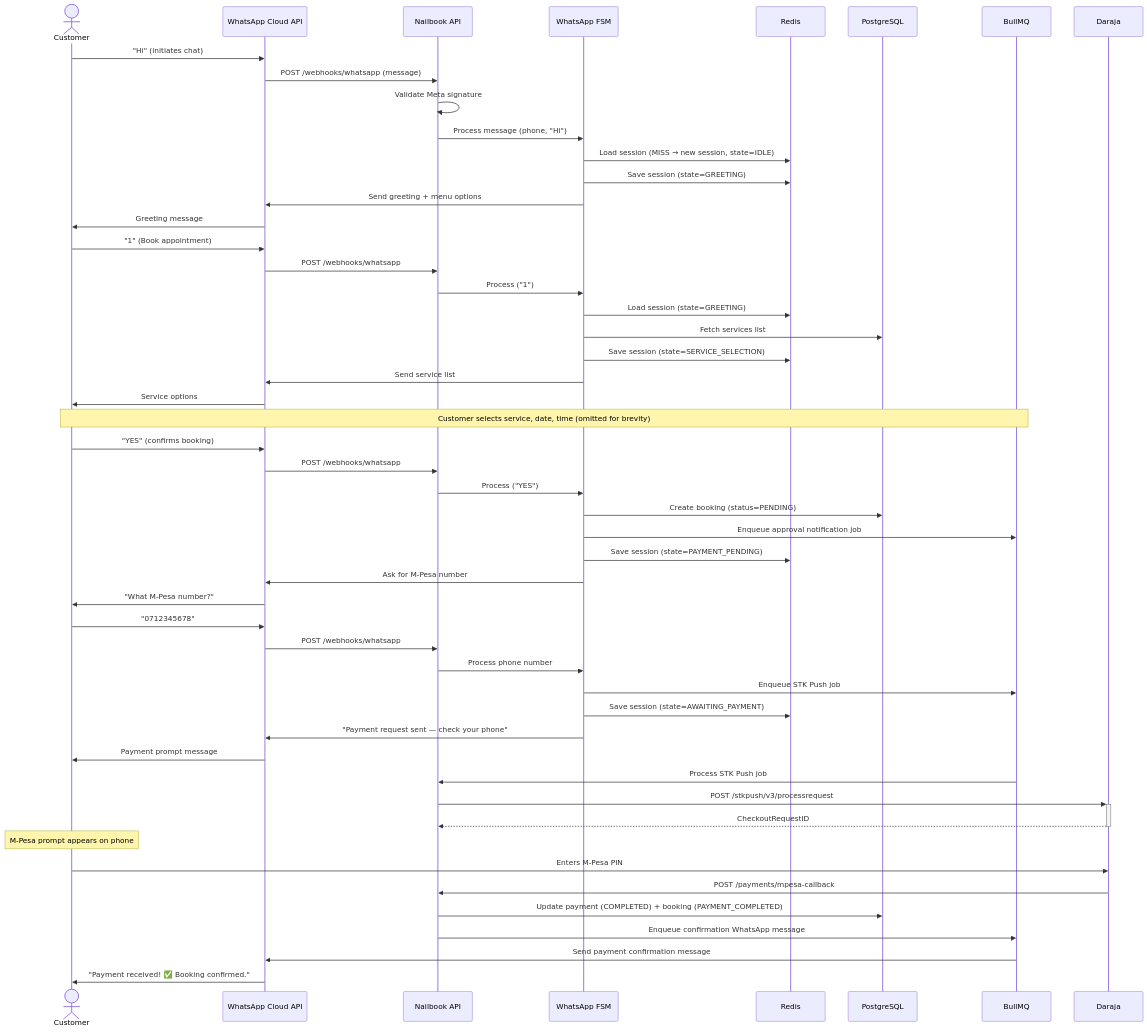
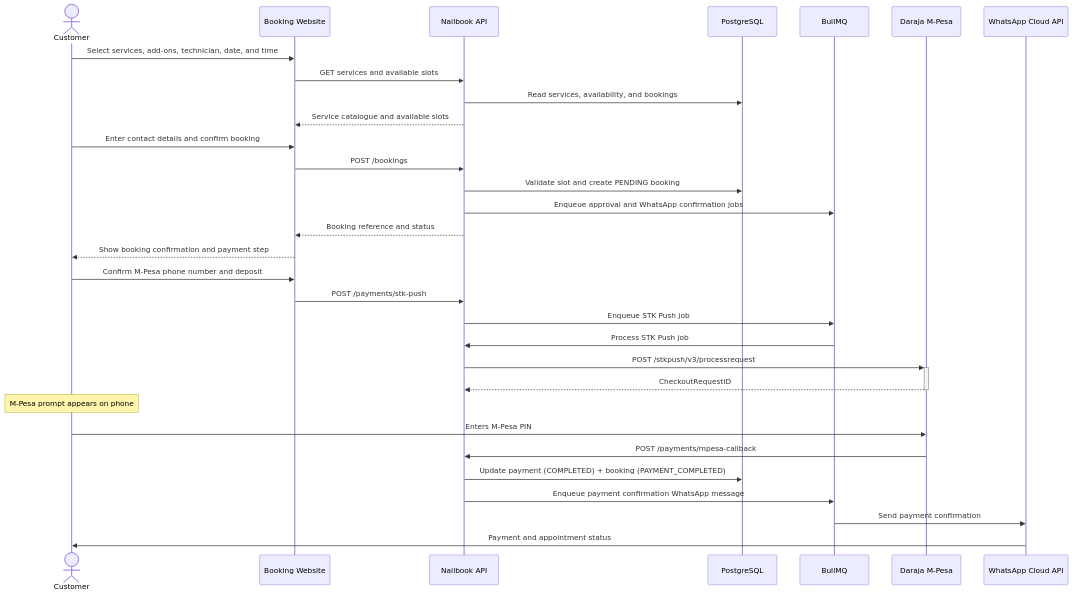
The fourth of 7 diagrams in docs/ARCHITECTURE.md (eva003n/Nailbook), drawn with Mermaid before and after one commit. The commit also changed other lines of this file and 25 other files, not shown here.

````diff
--- a/docs/ARCHITECTURE.md
+++ b/docs/ARCHITECTURE.md
@@ -116,58 +118,35 @@
 ```mermaid
 sequenceDiagram
     actor Customer
-    participant WA as WhatsApp Cloud API
+    participant Web as Booking Website
     participant API as Nailbook API
-    participant FSM as WhatsApp FSM
-    participant Redis
     participant DB as PostgreSQL
     participant Queue as BullMQ
+    participant Daraja as Daraja M-Pesa
+    participant WhatsApp as WhatsApp Cloud API
 
-    Customer->>WA: "Hi" (initiates chat)
-    WA->>API: POST /webhooks/whatsapp (message)
-    API->>API: Validate Meta signature
-    API->>FSM: Process message (phone, "Hi")
-    FSM->>Redis: Load session (MISS → new session, state=IDLE)
-    FSM->>Redis: Save session (state=GREETING)
-    FSM->>WA: Send greeting + menu options
-    WA->>Customer: Greeting message
-
-    Customer->>WA: "1" (Book appointment)
-    WA->>API: POST /webhooks/whatsapp
-    API->>FSM: Process ("1")
-    FSM->>Redis: Load session (state=GREETING)
-    FSM->>DB: Fetch services list
-    FSM->>Redis: Save session (state=SERVICE_SELECTION)
-    FSM->>WA: Send service list
-    WA->>Customer: Service options
-
-    Note over Customer,Queue: Customer selects service, date, time (omitted for brevity)
-
-    Customer->>WA: "YES" (confirms booking)
-    WA->>API: POST /webhooks/whatsapp
-    API->>FSM: Process ("YES")
-    FSM->>DB: Create booking (status=PENDING)
-    FSM->>Queue: Enqueue approval notification job
-    FSM->>Redis: Save session (state=PAYMENT_PENDING)
-    FSM->>WA: Ask for M-Pesa number
-    WA->>Customer: "What M-Pesa number?"
-
-    Customer->>WA: "0712345678"
-    WA->>API: POST /webhooks/whatsapp
-    API->>FSM: Process phone number
-    FSM->>Queue: Enqueue STK Push job
-    FSM->>Redis: Save session (state=AWAITING_PAYMENT)
-    FSM->>WA: "Payment request sent — check your phone"
-    WA->>Customer: Payment prompt message
+    Customer->>Web: Select services, add-ons, technician, date, and time
+    Web->>API: GET services and available slots
+    API->>DB: Read services, availability, and bookings
+    API-->>Web: Service catalogue and available slots
+    Customer->>Web: Enter contact details and confirm booking
+    Web->>API: POST /bookings
+    API->>DB: Validate slot and create PENDING booking
+    API->>Queue: Enqueue approval and WhatsApp confirmation jobs
+    API-->>Web: Booking reference and status
+    Web-->>Customer: Show booking confirmation and payment step
+    Customer->>Web: Confirm M-Pesa phone number and deposit
+    Web->>API: POST /payments/stk-push
+    API->>Queue: Enqueue STK Push job
 
     Queue->>API: Process STK Push job
     API->>+Daraja: POST /stkpush/v3/processrequest
     Daraja-->>-API: CheckoutRequestID
     Note over Customer: M-Pesa prompt appears on phone
     Customer->>Daraja: Enters M-Pesa PIN
     Daraja->>API: POST /payments/mpesa-callback
     API->>DB: Update payment (COMPLETED) + booking (PAYMENT_COMPLETED)
-    API->>Queue: Enqueue confirmation WhatsApp message
-    Queue->>WA: Send payment confirmation message
-    WA->>Customer: "Payment received! ✅ Booking confirmed."
+    API->>Queue: Enqueue payment confirmation WhatsApp message
+    Queue->>WhatsApp: Send payment confirmation
+    WhatsApp->>Customer: Payment and appointment status
 ```
````
